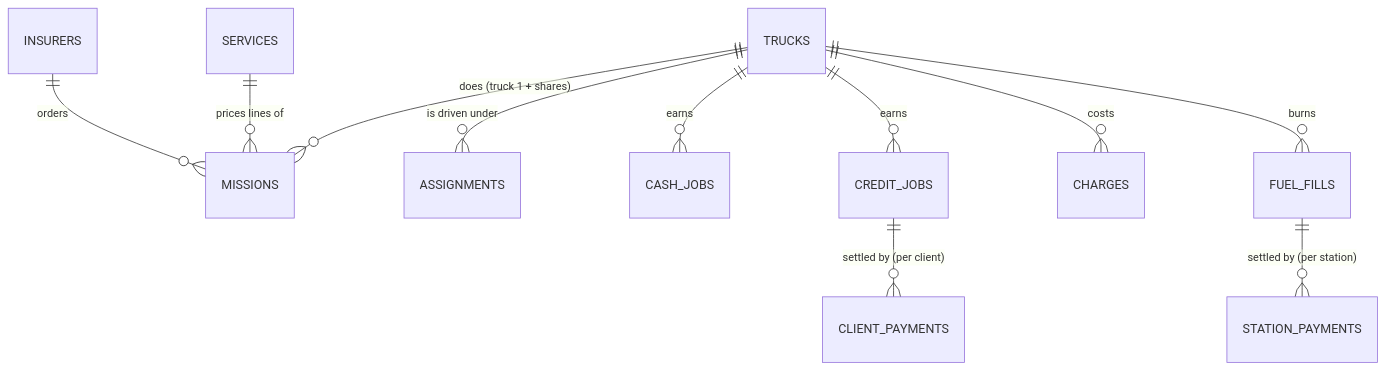
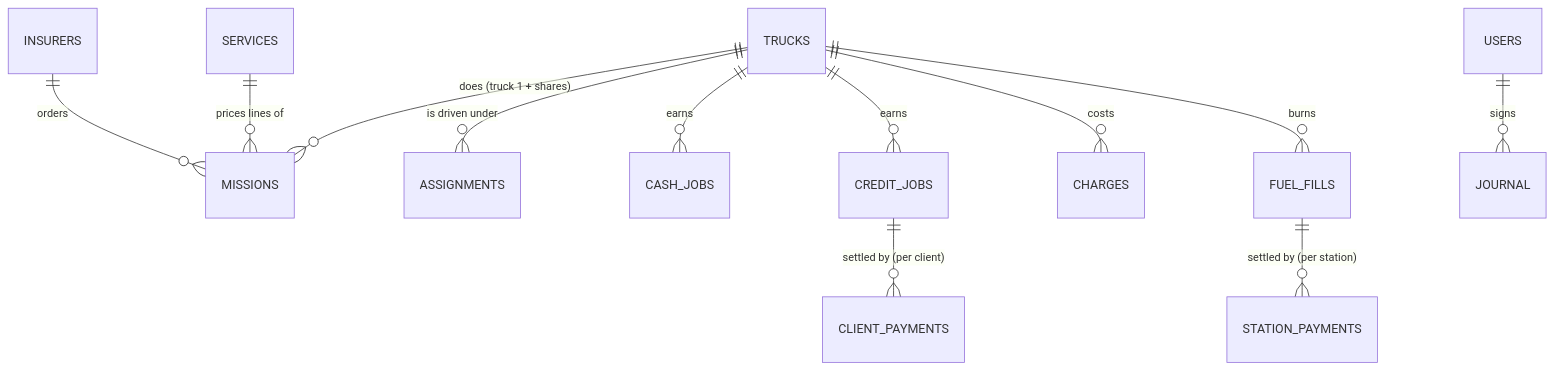
One commit to KETER-0/towops changed the diagram in docs/data-model.md. Above: the diagram before and after it, drawn with Mermaid. The commit also changed other lines of this file and 27 other files, not shown here.

````diff
--- a/docs/data-model.md
+++ b/docs/data-model.md
@@ -14,13 +14,14 @@
 ```mermaid
 erDiagram
   INSURERS ||--o{ MISSIONS : "orders"
   SERVICES ||--o{ MISSIONS : "prices lines of"
   TRUCKS ||--o{ MISSIONS : "does (truck 1 + shares)"
   TRUCKS ||--o{ ASSIGNMENTS : "is driven under"
   TRUCKS ||--o{ CASH_JOBS : "earns"
   TRUCKS ||--o{ CREDIT_JOBS : "earns"
   TRUCKS ||--o{ CHARGES : "costs"
   TRUCKS ||--o{ FUEL_FILLS : "burns"
   CREDIT_JOBS ||--o{ CLIENT_PAYMENTS : "settled by (per client)"
   FUEL_FILLS ||--o{ STATION_PAYMENTS : "settled by (per station)"
+  USERS ||--o{ JOURNAL : "signs"
 ```
````
